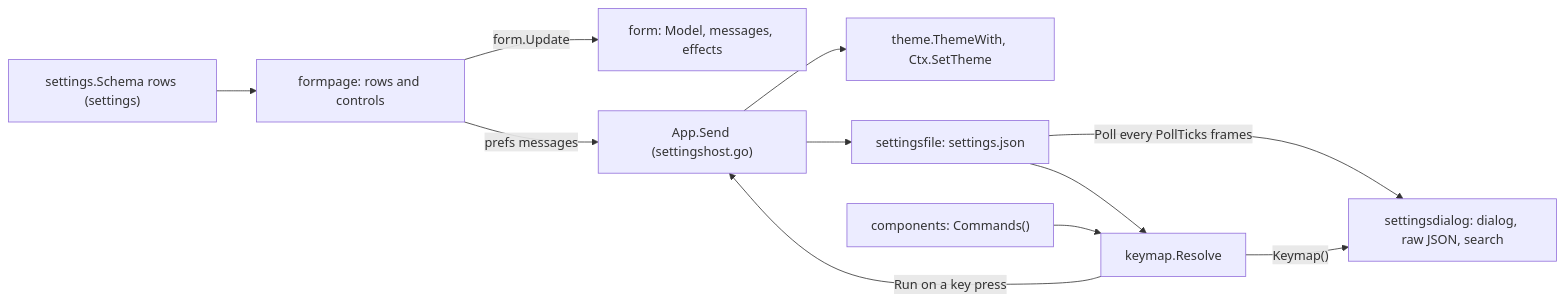
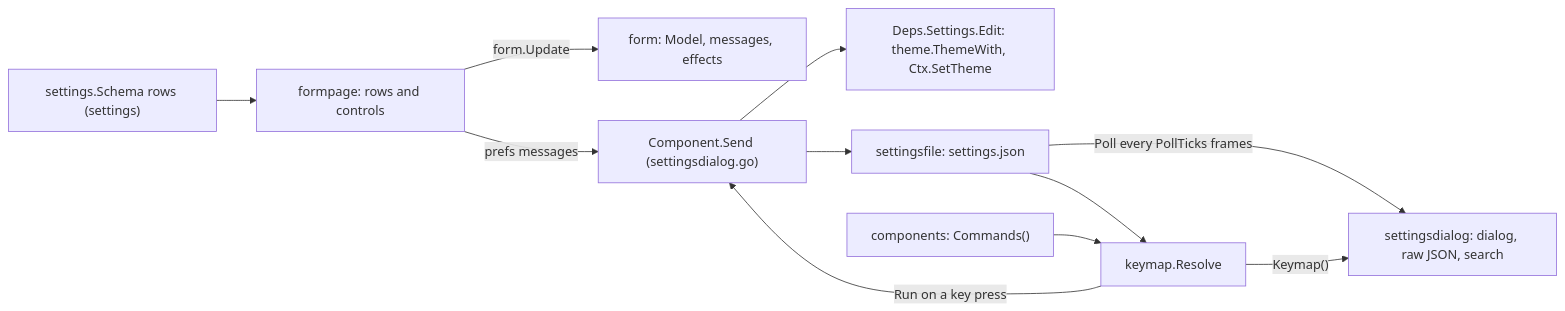
Before and after one commit to gascoigne-ai/gascoigne-workshop: the diagram in internal/feature/settings/FEATURE.md, drawn with Mermaid. The commit also changed other lines of this file and 54 other files, not shown here.

First line of the commit message:
refactor(settings): key bindings leave the app and run from a keymap

````diff
--- a/internal/feature/settings/FEATURE.md
+++ b/internal/feature/settings/FEATURE.md
@@ -18,13 +19,13 @@
 ```mermaid
 flowchart LR
   schema["settings.Schema rows (settings)"] --> formpage["formpage: rows and controls"]
   formpage -- "form.Update" --> form["form: Model, messages, effects"]
-  formpage -- "prefs messages" --> app["App.Send (settingshost.go)"]
-  app --> theme["theme.ThemeWith, Ctx.SetTheme"]
+  formpage -- "prefs messages" --> app["Component.Send (settingsdialog.go)"]
+  app --> theme["Deps.Settings.Edit: theme.ThemeWith, Ctx.SetTheme"]
   app --> file["settingsfile: settings.json"]
   file -- "Poll every PollTicks frames" --> shell["settingsdialog: dialog, raw JSON, search"]
   commands["components: Commands()"] --> keymap["keymap.Resolve"]
   file --> keymap
   keymap -- "Keymap()" --> shell
   keymap -- "Run on a key press" --> app
 ```
````
